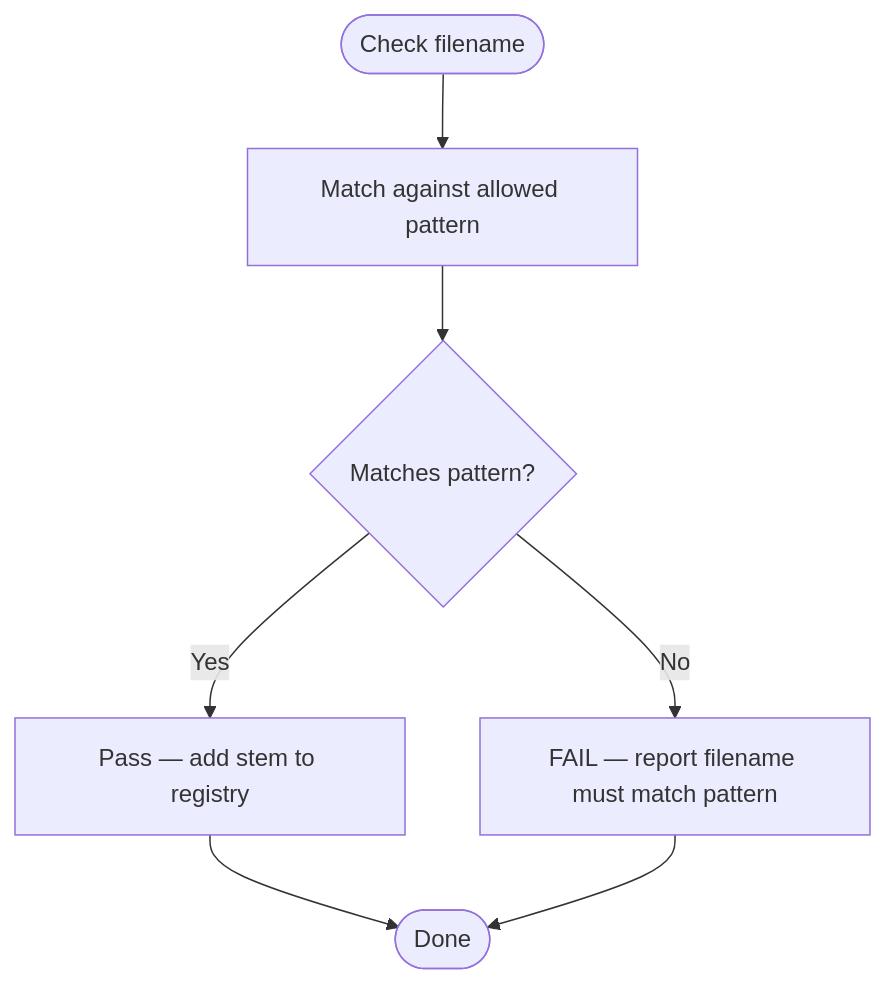
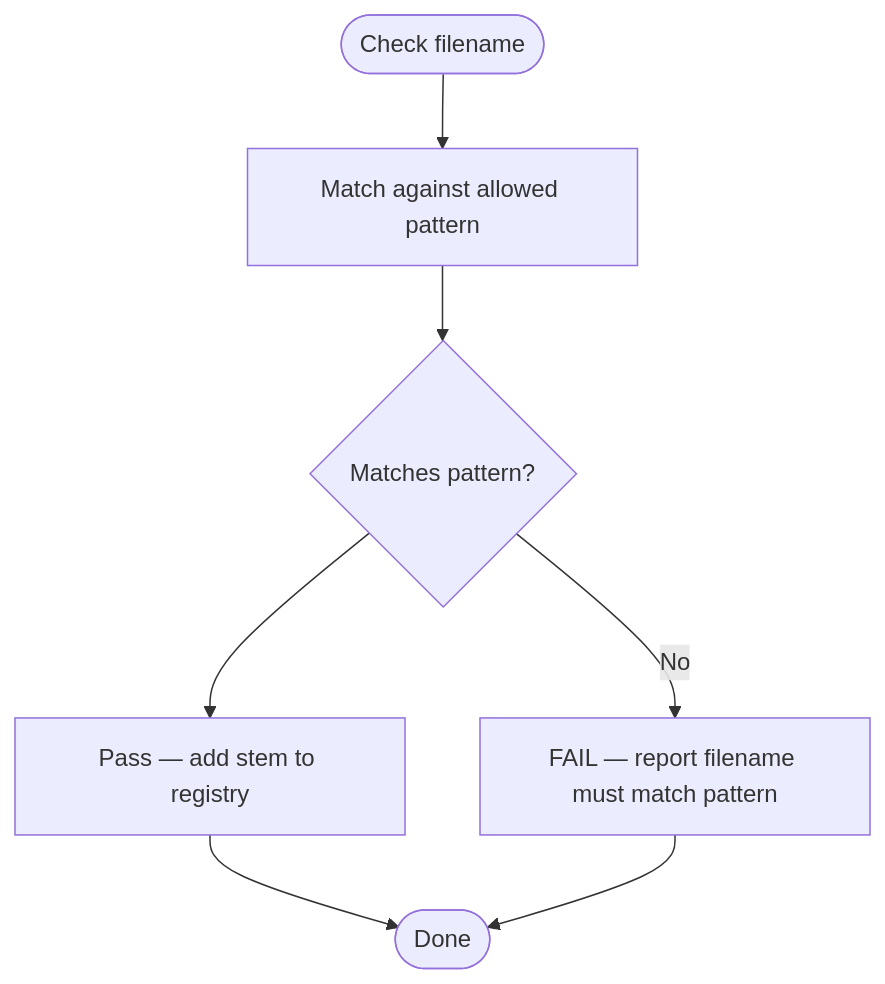
One commit to delirium-dj/modelcomp changed the third of 10 diagrams in .qoder/repowiki/en/content/Data Management System/Data Synchronization Pipeline/Validation Framework.md. Above: the diagram before and after it, drawn with Mermaid. The commit also changed other lines of this file and 147 other files, not shown here.

````diff
--- a/.qoder/repowiki/en/content/Data Management System/Data Synchronization Pipeline/Validation Framework.md
+++ b/.qoder/repowiki/en/content/Data Management System/Data Synchronization Pipeline/Validation Framework.md
@@ -151,9 +160,9 @@
 ```mermaid
 flowchart TD
 Start(["Check filename"]) --> Match["Match against allowed pattern"]
 Match --> Valid{"Matches pattern?"}
-Valid --> |Yes| Pass["Pass — add stem to registry"]
+Valid --> Pass["Pass — add stem to registry"]
 Valid --> |No| Fail["FAIL — report filename must match pattern"]
 Pass --> End(["Done"])
 Fail --> End
 ```
````
